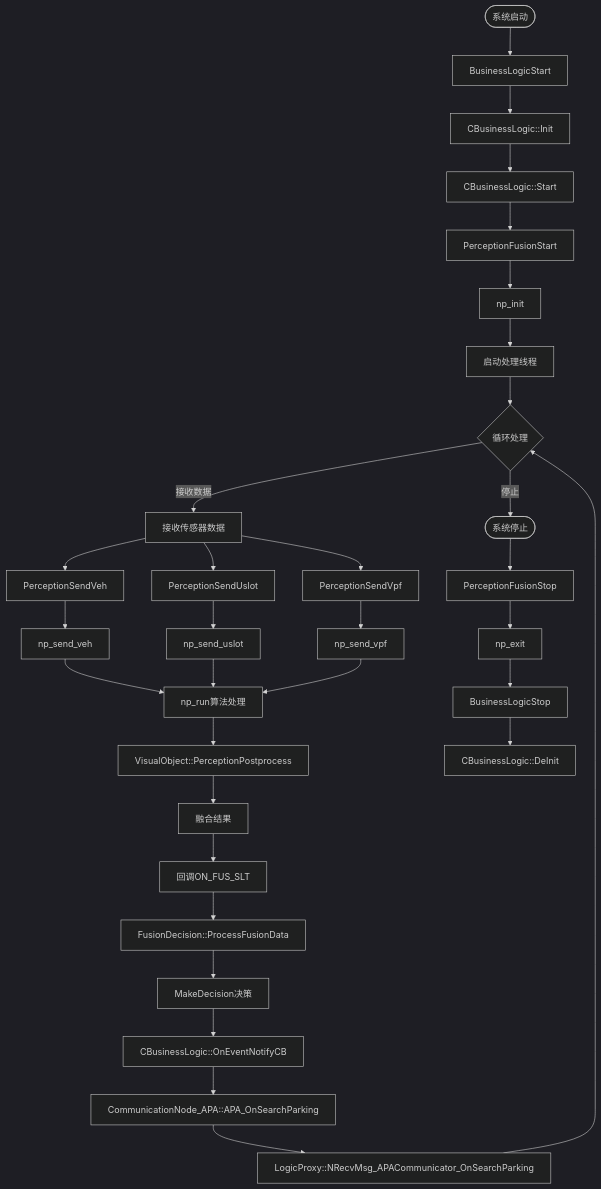
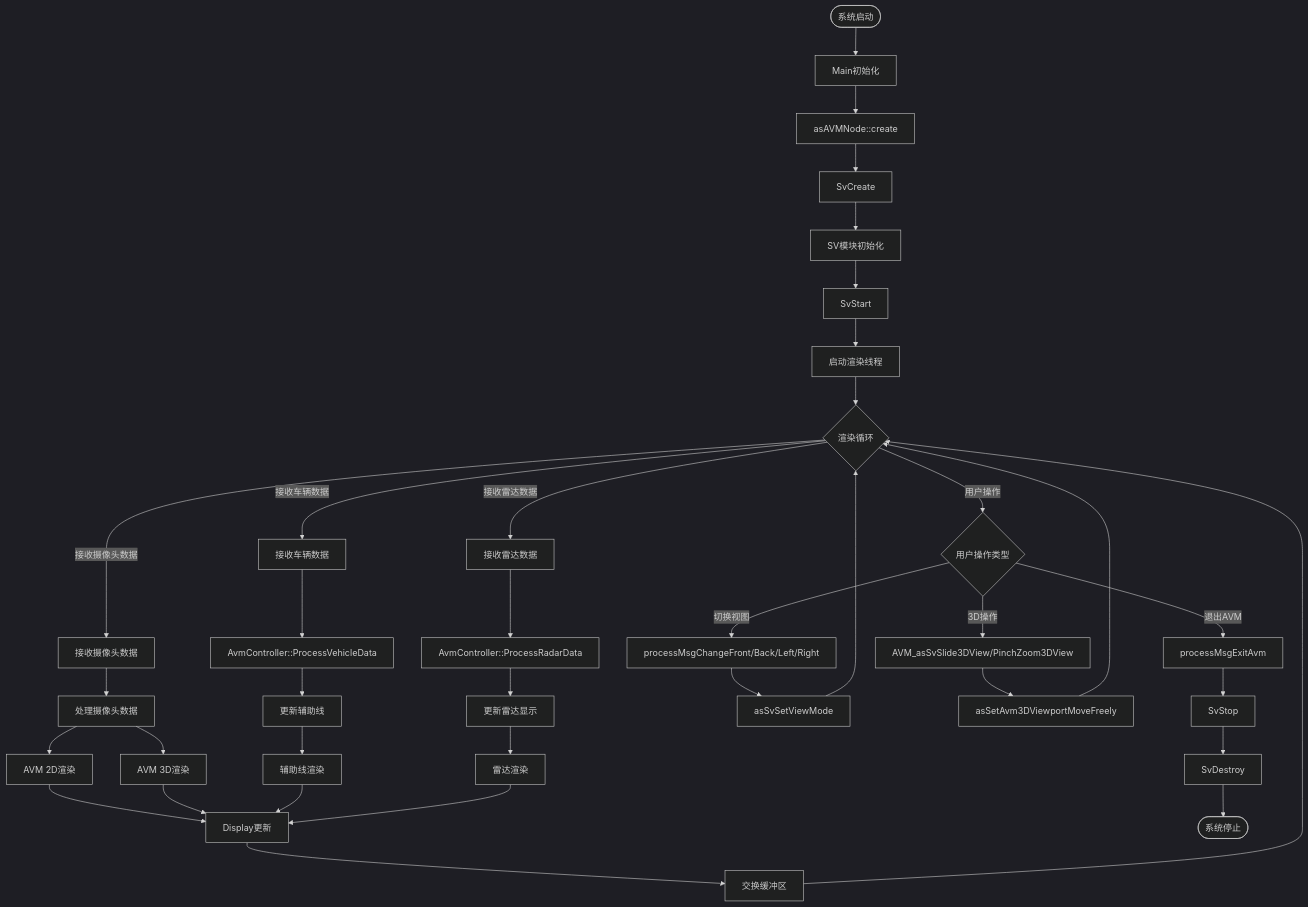
One commit to wangye311/AVM changed the ninth of 9 diagrams in 项目架构图.md. Above: the diagram before and after it, drawn with Mermaid (dark theme). The commit also changed other lines of this file, not shown here.

````diff
--- a/项目架构图.md
+++ b/项目架构图.md
@@ -756,42 +384,48 @@
 ```mermaid
 flowchart TD
-    Start([系统启动]) --> BLStart[BusinessLogicStart]
-    BLStart --> BLInit[CBusinessLogic::Init]
-    BLInit --> BLStart2[CBusinessLogic::Start]
+    Start([系统启动]) --> MainInit[Main初始化]
+    MainInit --> AVMNodeCreate[asAVMNode::create]
+    AVMNodeCreate --> SvCreate[SvCreate]
+    SvCreate --> SVInit[SV模块初始化]
+    SVInit --> SvStart[SvStart]
+    SvStart --> RenderThread[启动渲染线程]
     
-    BLStart2 --> PFStart[PerceptionFusionStart]
-    PFStart --> NPInit[np_init]
-    NPInit --> ThreadStart[启动处理线程]
+    RenderThread --> LoopStart{渲染循环}
     
-    ThreadStart --> LoopStart{循环处理}
-    LoopStart -->|接收数据| RecvData[接收传感器数据]
-    RecvData --> SendVeh[PerceptionSendVeh]
-    RecvData --> SendUslot[PerceptionSendUslot]
-    RecvData --> SendVpf[PerceptionSendVpf]
+    LoopStart -->|接收摄像头数据| RecvCamera[接收摄像头数据]
+    RecvCamera --> ProcessCamera[处理摄像头数据]
+    ProcessCamera --> AVM2DRender[AVM 2D渲染]
+    ProcessCamera --> AVM3DRender[AVM 3D渲染]
     
-    SendVeh --> NPSend[np_send_veh]
-    SendUslot --> NPSend2[np_send_uslot]
-    SendVpf --> NPSend3[np_send_vpf]
+    LoopStart -->|接收车辆数据| RecvVehicle[接收车辆数据]
+    RecvVehicle --> ACProcess[AvmController::ProcessVehicleData]
+    ACProcess --> UpdateAssisLine[更新辅助线]
+    UpdateAssisLine --> LineRender[辅助线渲染]
     
-    NPSend --> NPRun[np_run算法处理]
-    NPSend2 --> NPRun
-    NPSend3 --> NPRun
+    LoopStart -->|接收雷达数据| RecvRadar[接收雷达数据]
+    RecvRadar --> ACProcessRadar[AvmController::ProcessRadarData]
+    ACProcessRadar --> UpdateRadar[更新雷达显示]
+    UpdateRadar --> RadarRender[雷达渲染]
     
-    NPRun --> VOProcess[VisualObject::PerceptionPostprocess]
-    VOProcess --> FuseResult[融合结果]
-    FuseResult --> Callback[回调ON_FUS_SLT]
+    AVM2DRender --> DisplayUpdate[Display更新]
+    AVM3DRender --> DisplayUpdate
+    LineRender --> DisplayUpdate
+    RadarRender --> DisplayUpdate
     
-    Callback --> FDProcess[FusionDecision::ProcessFusionData]
-    FDProcess --> MakeDecision[MakeDecision决策]
-    MakeDecision --> BLNotify[CBusinessLogic::OnEventNotifyCB]
+    DisplayUpdate --> SwapBuffer[交换缓冲区]
+    SwapBuffer --> LoopStart
     
-    BLNotify --> CommNode[CommunicationNode_APA::APA_OnSearchParking]
-    CommNode --> LogicProxy[LogicProxy::NRecvMsg_APACommunicator_OnSearchParking]
-    LogicProxy --> LoopStart
+    LoopStart -->|用户操作| UserOp{用户操作类型}
+    UserOp -->|切换视图| ChangeView[processMsgChangeFront/Back/Left/Right]
+    UserOp -->|3D操作| 3DOp[AVM_asSvSlide3DView/PinchZoom3DView]
+    UserOp -->|退出AVM| ExitAVM[processMsgExitAvm]
     
-    LoopStart -->|停止| Stop([系统停止])
-    Stop --> PFStop[PerceptionFusionStop]
-    PFStop --> NPExit[np_exit]
-    NPExit --> BLStop[BusinessLogicStop]
-    BLStop --> BLDeInit[CBusinessLogic::DeInit]
+    ChangeView --> SVSetView[asSvSetViewMode]
+    3DOp --> SV3DUpdate[asSetAvm3DViewportMoveFreely]
+    ExitAVM --> SvStop[SvStop]
+    
+    SVSetView --> LoopStart
+    SV3DUpdate --> LoopStart
+    SvStop --> SvDestroy[SvDestroy]
+    SvDestroy --> End([系统停止])
 ```
````
